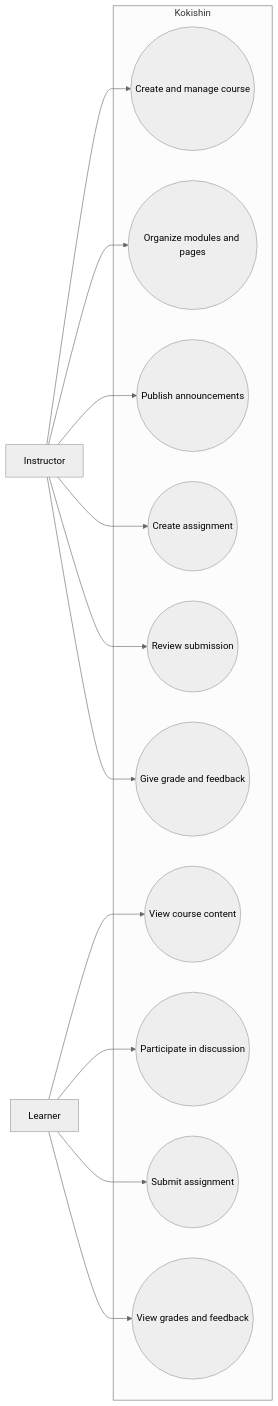
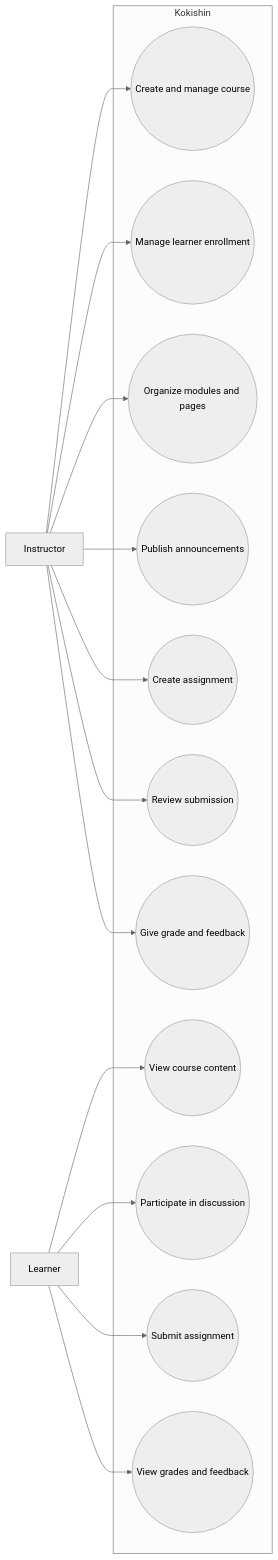
One commit to ithas2bee/Kokishin changed the diagram in docs/uml/use-case-diagram.md. Above: the diagram before and after it, drawn with Mermaid (neutral theme). The commit also changed other lines of this file and 7 other files, not shown here.

Commit message:
Document instructor-managed course enrollment

````diff
--- a/docs/uml/use-case-diagram.md
+++ b/docs/uml/use-case-diagram.md
@@ -5,29 +5,31 @@
 ```mermaid
 flowchart LR
     Instructor[Instructor]
     Learner[Learner]
 
     subgraph Kokishin
         CreateCourse((Create and manage course))
+        ManageEnrollment((Manage learner enrollment))
         OrganizeContent((Organize modules and pages))
         Announce((Publish announcements))
         CreateAssignment((Create assignment))
         ReviewSubmission((Review submission))
         GiveFeedback((Give grade and feedback))
         ViewCourse((View course content))
         Participate((Participate in discussion))
         SubmitWork((Submit assignment))
         ViewFeedback((View grades and feedback))
     end
 
     Instructor --> CreateCourse
+    Instructor --> ManageEnrollment
     Instructor --> OrganizeContent
     Instructor --> Announce
     Instructor --> CreateAssignment
     Instructor --> ReviewSubmission
     Instructor --> GiveFeedback
     Learner --> ViewCourse
     Learner --> Participate
     Learner --> SubmitWork
     Learner --> ViewFeedback
 ```
````
